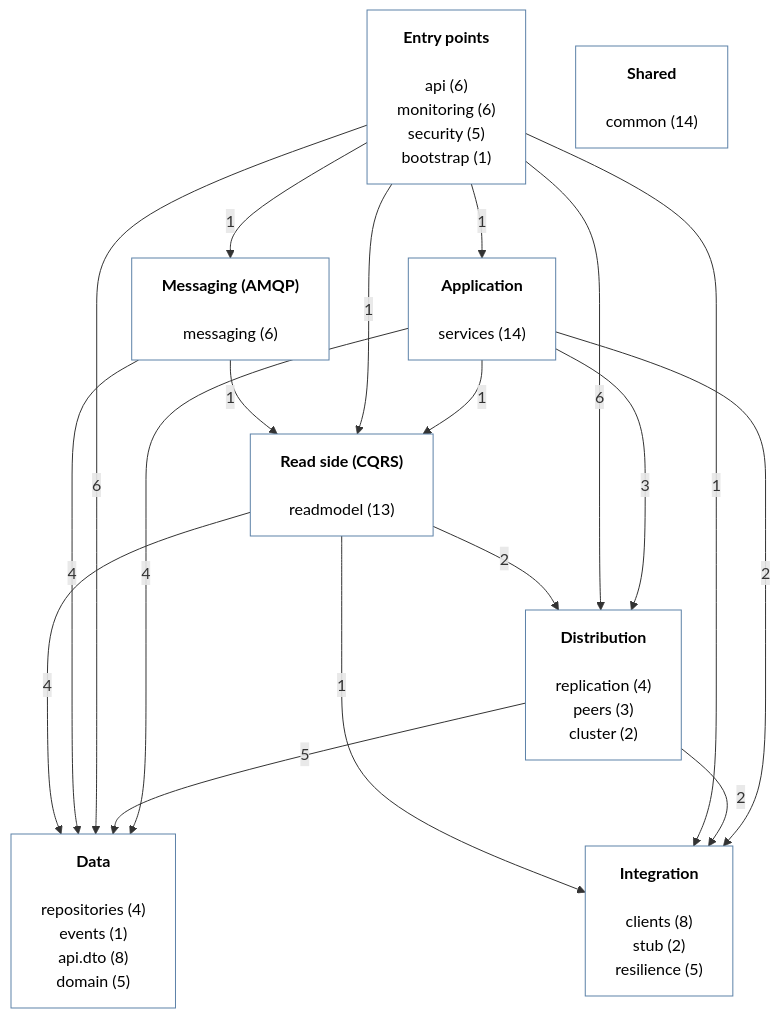
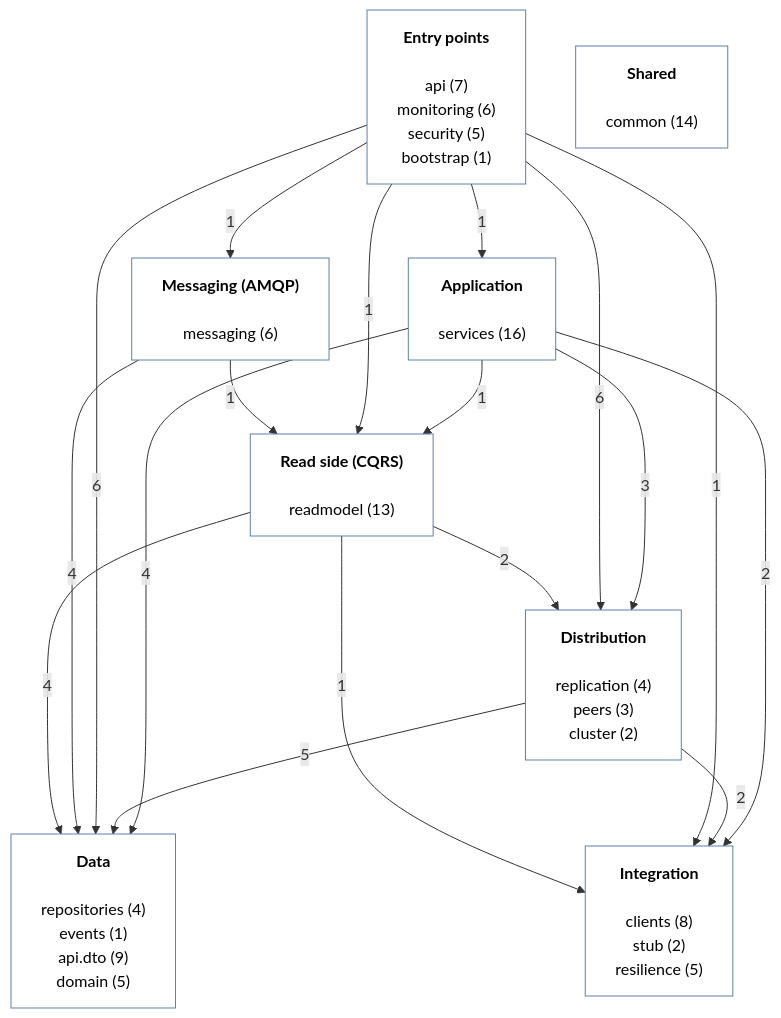
One commit to ImJay1527/flight-operations-service changed the diagram in docs/c4/7-development-view.mmd. Above: the diagram before and after it, drawn with Mermaid. The commit also changed 16 other files, not shown here.

```diff
--- a/docs/c4/7-development-view.mmd
+++ b/docs/c4/7-development-view.mmd
@@ -1,34 +1,34 @@
 ---
 config:
   fontFamily: arial
 ---
 %% Development view (4+1): package groups of pt.isep.sidis.flightops and how they depend on each other.
 %% Generated by scripts/generate-development-view.py from the import statements - do not edit by hand.
 flowchart TB
-    G0["<b>Entry points</b><br/><br/>api (6)<br/>monitoring (6)<br/>security (5)<br/>bootstrap (1)"]
-    G1["<b>Application</b><br/><br/>services (14)"]
+    G0["<b>Entry points</b><br/><br/>api (7)<br/>monitoring (6)<br/>security (5)<br/>bootstrap (1)"]
+    G1["<b>Application</b><br/><br/>services (16)"]
     G2["<b>Messaging (AMQP)</b><br/><br/>messaging (6)"]
     G3["<b>Read side (CQRS)</b><br/><br/>readmodel (13)"]
     G4["<b>Distribution</b><br/><br/>replication (4)<br/>peers (3)<br/>cluster (2)"]
     G5["<b>Integration</b><br/><br/>clients (8)<br/>stub (2)<br/>resilience (5)"]
-    G6["<b>Data</b><br/><br/>repositories (4)<br/>events (1)<br/>api.dto (8)<br/>domain (5)"]
+    G6["<b>Data</b><br/><br/>repositories (4)<br/>events (1)<br/>api.dto (9)<br/>domain (5)"]
     G7["<b>Shared</b><br/><br/>common (14)"]
     G1 -->|"4"| G6
     G1 -->|"3"| G4
     G1 -->|"2"| G5
     G1 -->|"1"| G3
     G4 -->|"5"| G6
     G4 -->|"2"| G5
     G0 -->|"1"| G1
     G0 -->|"6"| G6
     G0 -->|"6"| G4
     G0 -->|"1"| G5
     G0 -->|"1"| G2
     G0 -->|"1"| G3
     G2 -->|"4"| G6
     G2 -->|"1"| G3
     G3 -->|"4"| G6
     G3 -->|"2"| G4
     G3 -->|"1"| G5
     classDef group fill:#ffffff,stroke:#5d82a8,color:#000000
     class G0,G1,G2,G3,G4,G5,G6,G7 group
```
